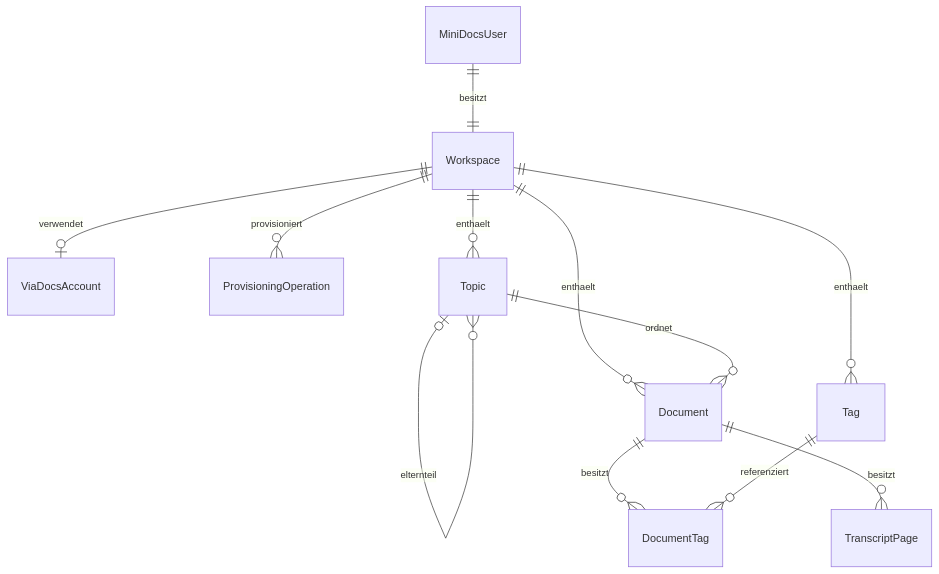
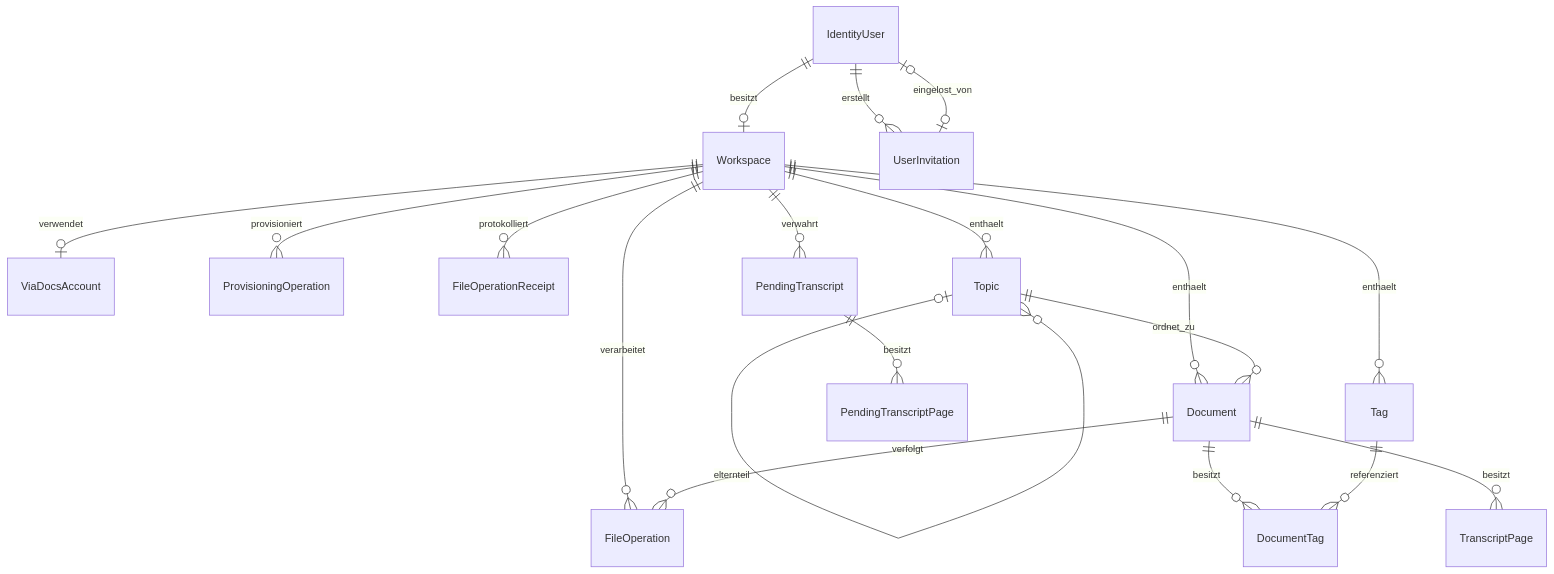
The third of 5 diagrams in docs/ARCHITECTURE.md (falcomus/VIA.MiniDocs), drawn with Mermaid before and after one commit. The commit also changed other lines of this file and 92 other files, not shown here.

Commit message:
feat: integrate demo dataset and finalize backend architecture

````diff
--- a/docs/ARCHITECTURE.md
+++ b/docs/ARCHITECTURE.md
@@ -81,14 +81,21 @@
 ```mermaid
 erDiagram
-  MiniDocsUser ||--|| Workspace : besitzt
+  IdentityUser ||--o| Workspace : besitzt
+  IdentityUser ||--o{ UserInvitation : erstellt
+  UserInvitation o|--o| IdentityUser : eingelost_von
   Workspace ||--o| ViaDocsAccount : verwendet
   Workspace ||--o{ ProvisioningOperation : provisioniert
+  Workspace ||--o{ FileOperation : verarbeitet
+  Workspace ||--o{ FileOperationReceipt : protokolliert
   Workspace ||--o{ Topic : enthaelt
   Workspace ||--o{ Document : enthaelt
   Workspace ||--o{ Tag : enthaelt
   Topic o|--o{ Topic : elternteil
-  Topic ||--o{ Document : ordnet
+  Topic ||--o{ Document : ordnet_zu
+  Document ||--o{ FileOperation : verfolgt
   Document ||--o{ DocumentTag : besitzt
   Tag ||--o{ DocumentTag : referenziert
   Document ||--o{ TranscriptPage : besitzt
+  Workspace ||--o{ PendingTranscript : verwahrt
+  PendingTranscript ||--o{ PendingTranscriptPage : besitzt
 ```
````
